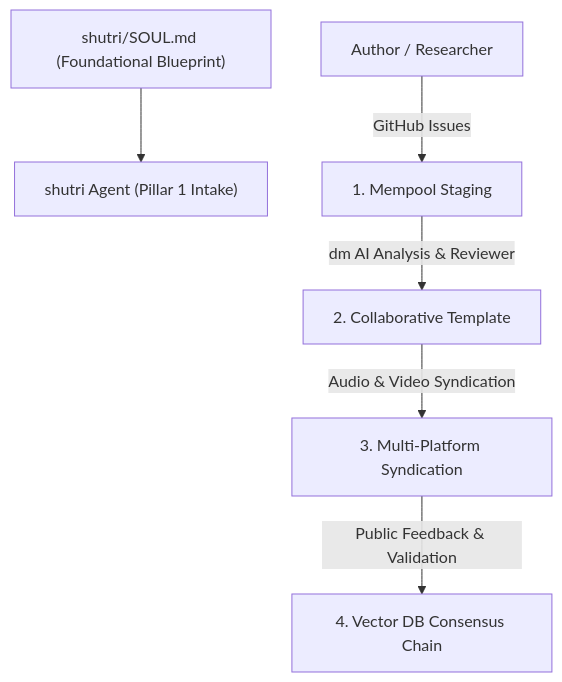
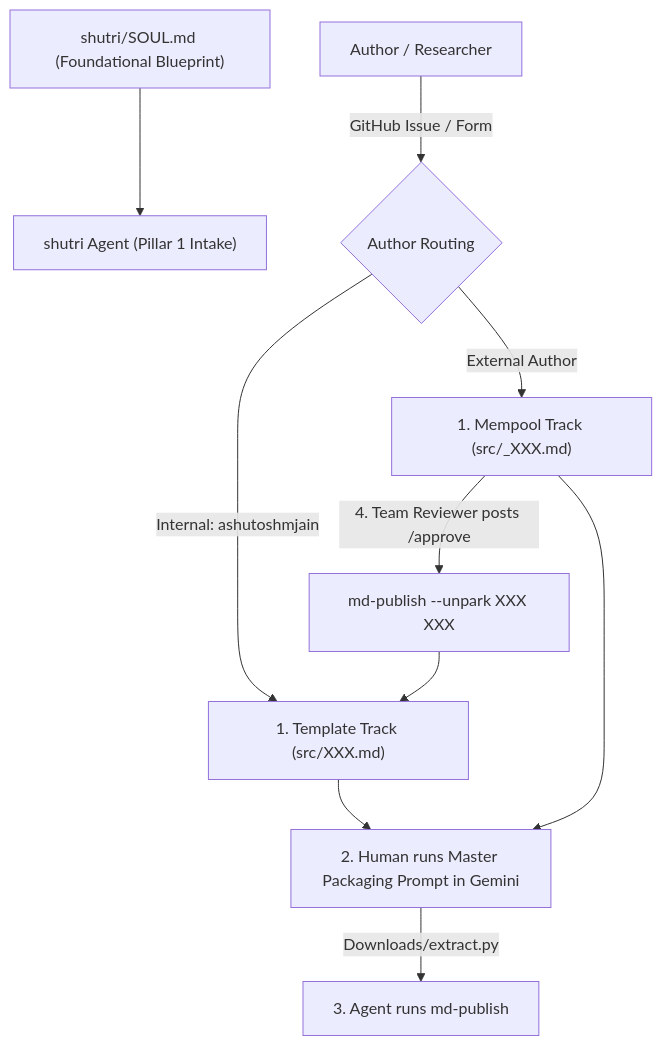
Before and after one commit to ashutoshmjain/shutri: the diagram in AGENTS.md, drawn with Mermaid. The commit also changed other lines of this file and 1 other file, not shown here.

Commit message:
docs(workflow): add RESEARCH_WORKFLOW.md and update AGENTS.md for mempool/template modalities and /approve trigger

````diff
--- a/AGENTS.md
+++ b/AGENTS.md
@@ -13,8 +13,12 @@
 ```mermaid
 graph TD
     SOUL["shutri/SOUL.md (Foundational Blueprint)"] --> Shutri["shutri Agent (Pillar 1 Intake)"]
-    Submitter["Author / Researcher"] -->|GitHub Issues| Mempool["1. Mempool Staging"]
-    Mempool -->|dm AI Analysis & Reviewer| Template["2. Collaborative Template"]
-    Template -->|Audio & Video Syndication| Media["3. Multi-Platform Syndication"]
-    Media -->|Public Feedback & Validation| Chain["4. Vector DB Consensus Chain"]
+    Submitter["Author / Researcher"] -->|GitHub Issue / Form| Check{"Author Routing"}
+    Check -->|Internal: ashutoshmjain| Template["1. Template Track (src/XXX.md)"]
+    Check -->|External Author| Mempool["1. Mempool Track (src/_XXX.md)"]
+    Template --> H2["2. Human runs Master Packaging Prompt in Gemini"]
+    Mempool --> H2
+    H2 -->|Downloads/extract.py| CLI["3. Agent runs md-publish"]
+    Mempool -->|4. Team Reviewer posts /approve| Promote["md-publish --unpark XXX XXX"]
+    Promote --> Template
 ```
````
